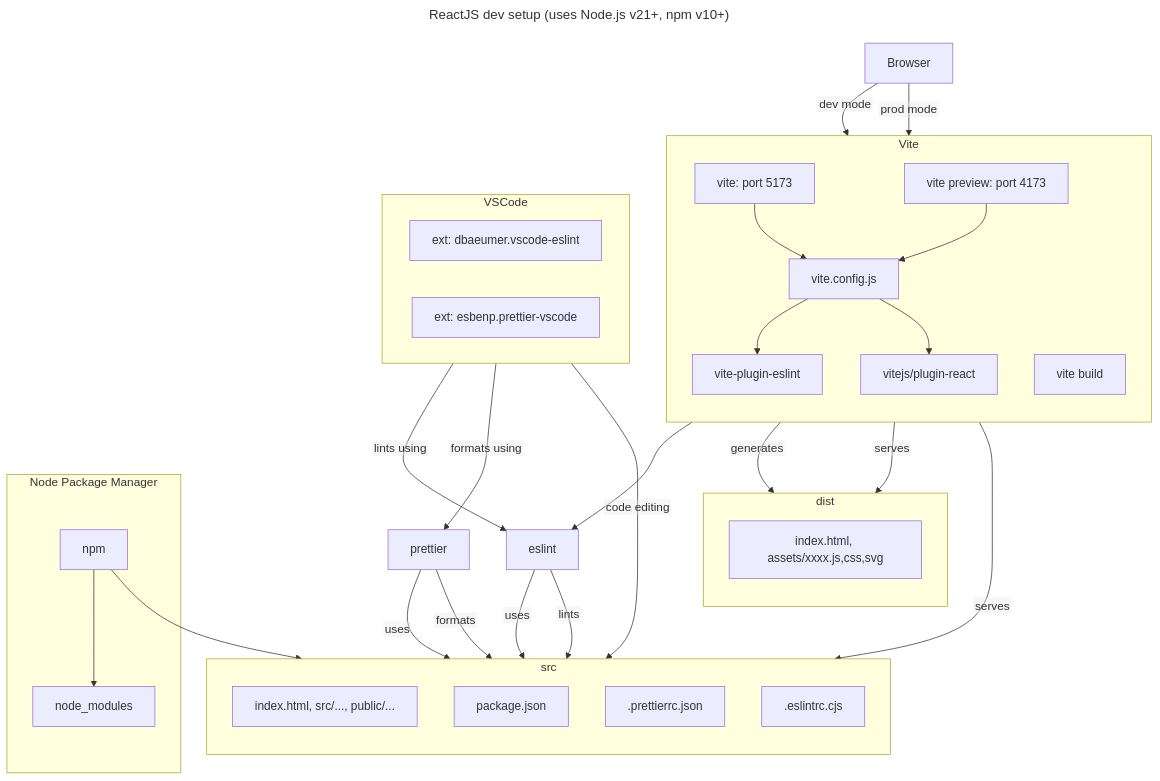
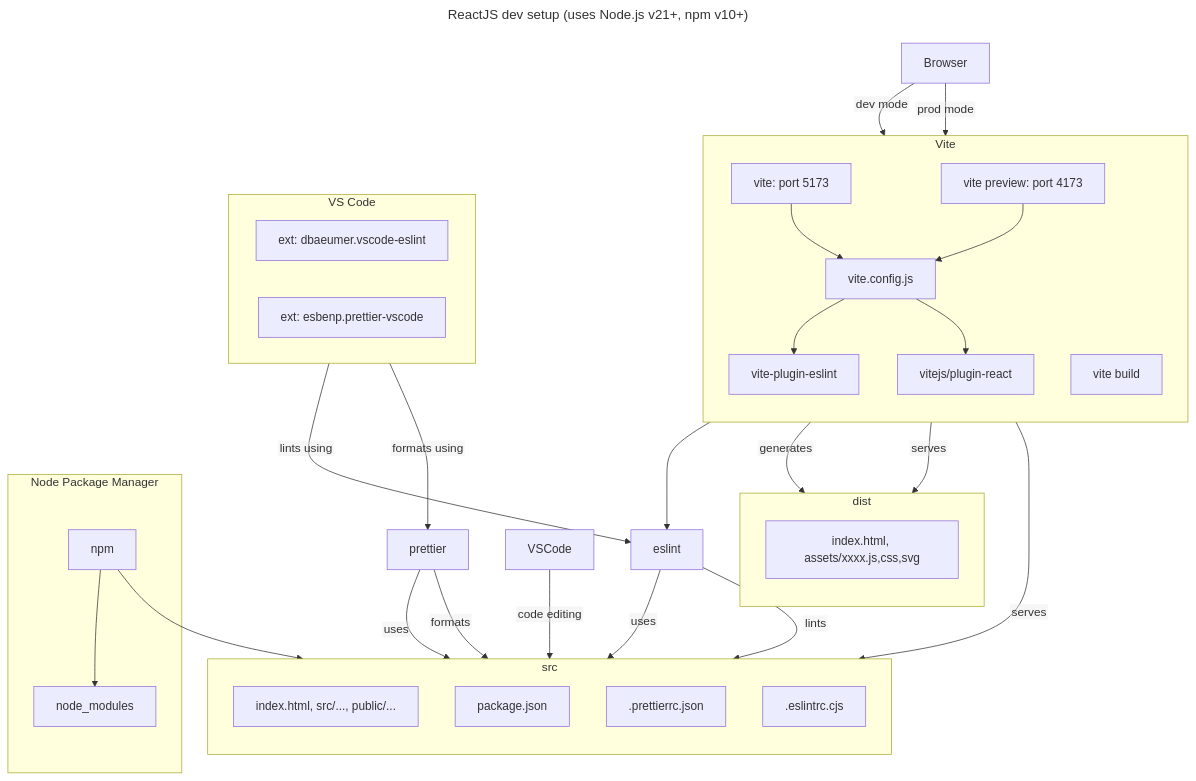
The diagram in README.md (zen-code-symphony/reactconcepts), drawn with Mermaid before and after one commit.

Commit message:
docs: updated the dia.

````diff
--- a/README.md
+++ b/README.md
@@ -11,50 +11,50 @@
 ```mermaid
 ---
 title: ReactJS dev setup (uses Node.js v21+, npm v10+)
 ---
 %%{init: {"flowchart": {"htmlLabels": false}} }%%
 flowchart TB
     subgraph Vite
         direction TB
         viteserver[vite: port 5173] --> viteconfig[vite.config.js]
         vitepreview[vite preview: port 4173] --> viteconfig
         viteconfig --> viteplugineslint[vite-plugin-eslint]
         viteconfig --> vitejspluginreact[vitejs/plugin-react]
         vitebuild[vite build]
     end
     subgraph dist
         direction TB
         index.html1[index.html, assets/xxxx.js,css,svg]
     end
     subgraph src
         direction TB
         index.html2[index.html, src/..., public/...]
         packagejson[package.json]
         prettierconfig[.prettierrc.json]
         eslintconfig[.eslintrc.cjs]
     end
     prettier --uses--> prettierconfig
     eslint --uses--> eslintconfig
-    subgraph VSCode
+    subgraph VS Code
         direction LR
         vscode-eslint[ext: dbaeumer.vscode-eslint]
         vscode-prettier[ext: esbenp.prettier-vscode]
     end
     subgraph Node Package Manager
         npm --> packagejson
         npm --> node_modules
     end
 
     viteplugineslint --> eslint
     eslint --lints--> index.html2
     prettier --formats--> index.html2
     VSCode --code editing--> src
     vscode-eslint --lints using--> eslint
     vscode-prettier --formats using--> prettier
 
     vitebuild --generates--> dist
     vitepreview --serves--> dist
     viteserver --serves --> src
     Browser --dev mode--> viteserver
     Browser --prod mode--> vitepreview
 ```
````
